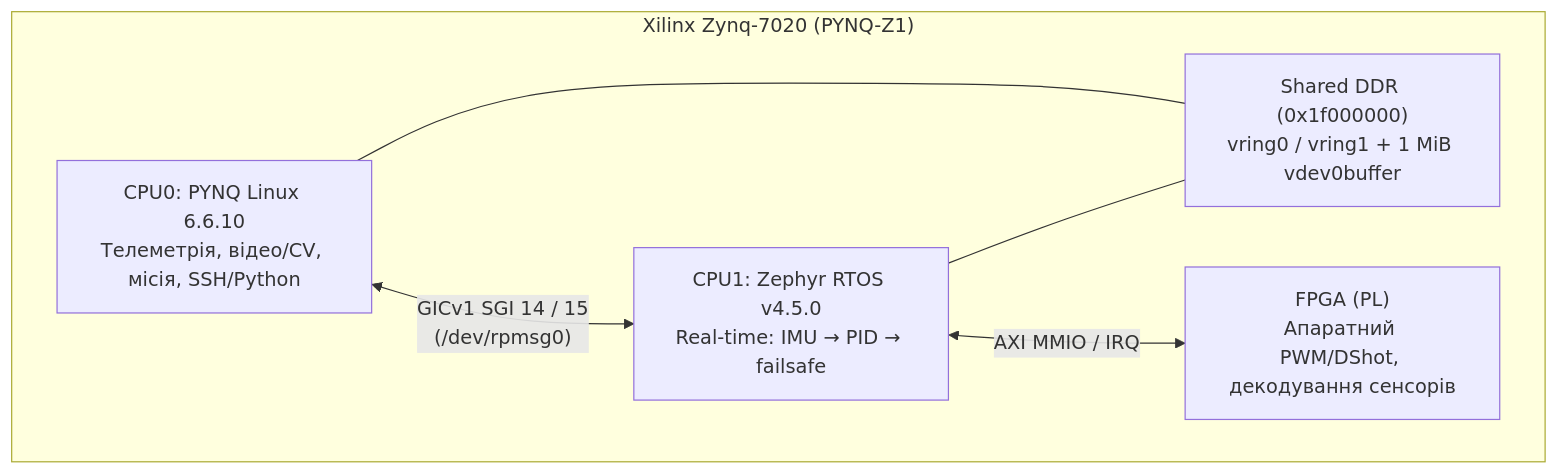
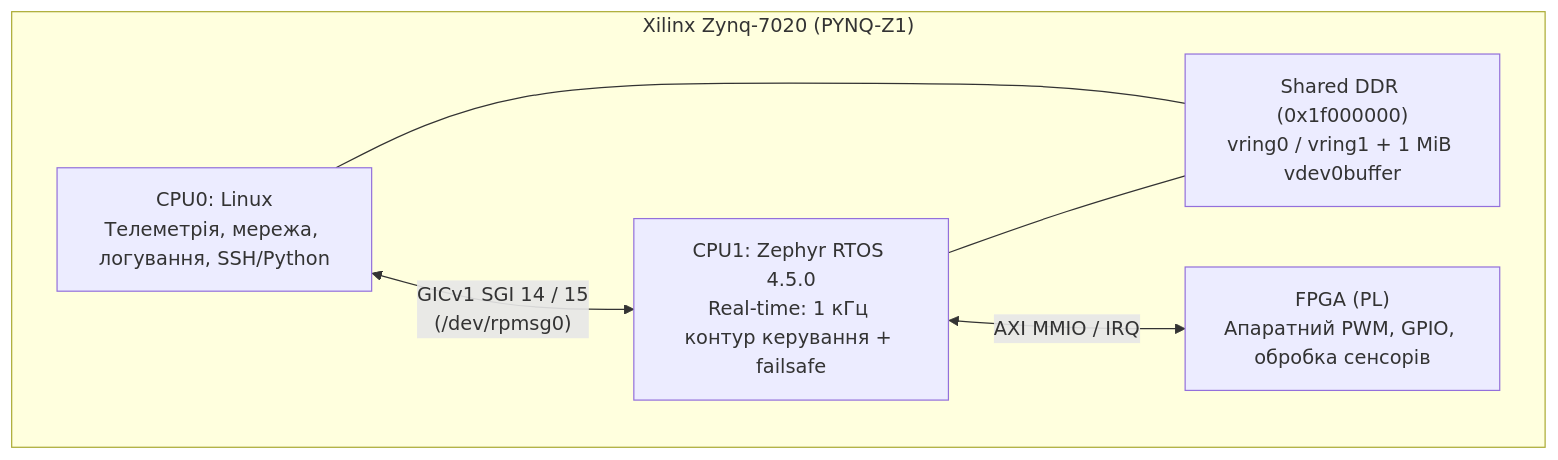
The diagram in DOU/DOU-Zephyr-RTOS-on-PYNQ-Z1-AMP-OpenAMP-Part2-UA.md (nick-fedchik/articles), drawn with Mermaid before and after one commit. The commit also changed other lines of this file, not shown here.

````diff
--- a/DOU/DOU-Zephyr-RTOS-on-PYNQ-Z1-AMP-OpenAMP-Part2-UA.md
+++ b/DOU/DOU-Zephyr-RTOS-on-PYNQ-Z1-AMP-OpenAMP-Part2-UA.md
@@ -22,14 +22,14 @@
 ```mermaid
 flowchart TB
     subgraph Zynq7020["Xilinx Zynq-7020 (PYNQ-Z1)"]
-        CPU0["CPU0: PYNQ Linux 6.6.10\nТелеметрія, відео/CV, місія, SSH/Python"]
-        CPU1["CPU1: Zephyr RTOS v4.5.0\nReal-time: IMU → PID → failsafe"]
-        PL["FPGA (PL)\nАпаратний PWM/DShot, декодування сенсорів"]
+        CPU0["CPU0: Linux\nТелеметрія, мережа, логування, SSH/Python"]
+        CPU1["CPU1: Zephyr RTOS 4.5.0\nReal-time: 1 кГц контур керування + failsafe"]
+        PL["FPGA (PL)\nАпаратний PWM, GPIO, обробка сенсорів"]
         SHM["Shared DDR (0x1f000000)\nvring0 / vring1 + 1 MiB vdev0buffer"]
 
         CPU0 <-- "GICv1 SGI 14 / 15\n(/dev/rpmsg0)" --> CPU1
         CPU0 --- SHM
         CPU1 --- SHM
         CPU1 <-- "AXI MMIO / IRQ" --> PL
     end
 ```
````
